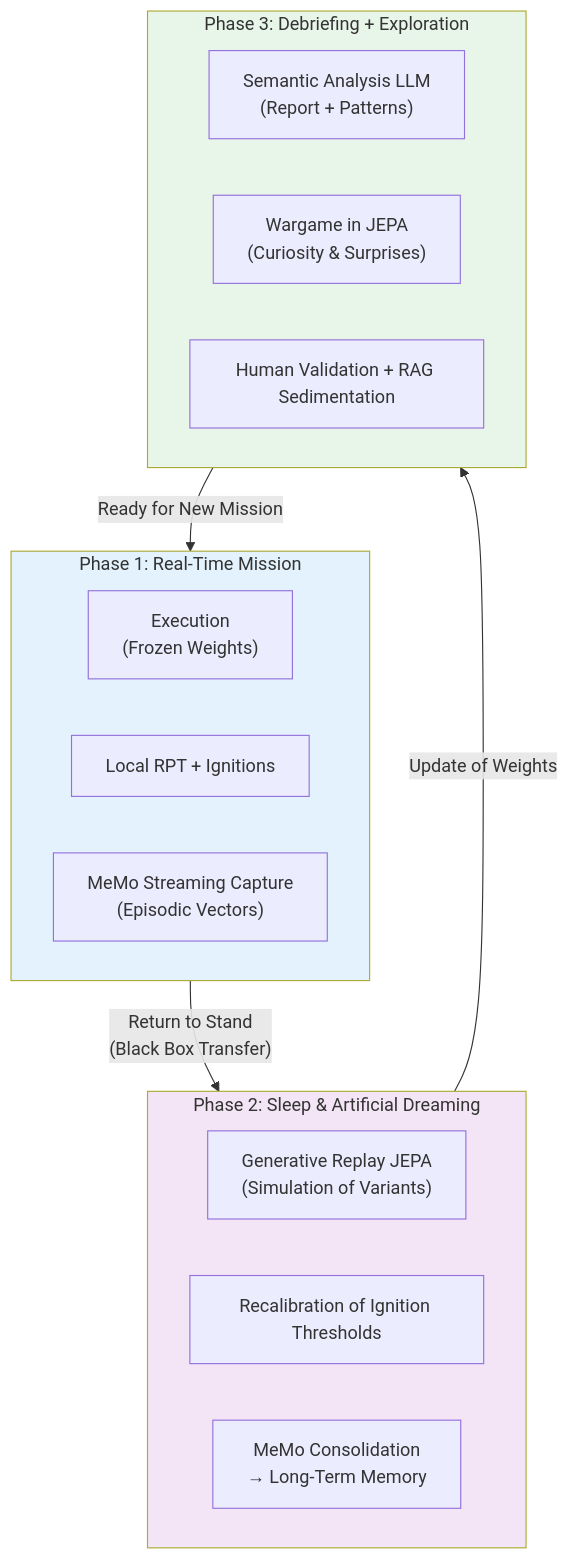
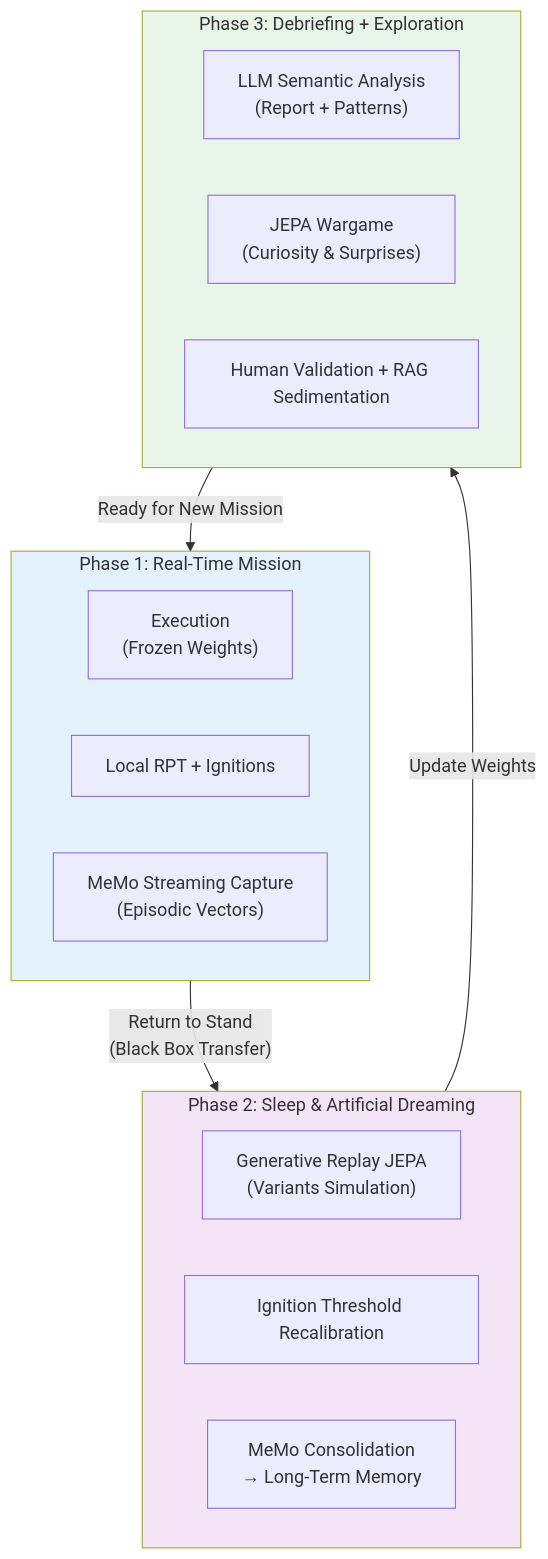
One commit to AlainCo/GNWT-Garrigue-X-en changed the second of 2 diagrams in mvp/mvp.md. Above: the diagram before and after it, drawn with Mermaid. The commit also changed other lines of this file and 21 other files, not shown here.

````diff
--- a/mvp/mvp.md
+++ b/mvp/mvp.md
@@ -89,33 +86,33 @@
 ```mermaid
 flowchart TD
     subgraph Phase1 ["Phase 1: Real-Time Mission"]
         A["Execution\n(Frozen Weights)"]
         B["Local RPT + Ignitions"]
         C["MeMo Streaming Capture\n(Episodic Vectors)"]
     end
 
     Phase1 -->|"Return to Stand\n(Black Box Transfer)"| Phase2
 
     subgraph Phase2 ["Phase 2: Sleep & Artificial Dreaming"]
-        D["Generative Replay JEPA\n(Simulation of Variants)"]
-        E["Recalibration of Ignition Thresholds"]
+        D["Generative Replay JEPA\n(Variants Simulation)"]
+        E["Ignition Threshold Recalibration"]
         F["MeMo Consolidation\n→ Long-Term Memory"]
     end
 
-    Phase2 -->|"Update of Weights"| Phase3
+    Phase2 -->|"Update Weights"| Phase3
 
     subgraph Phase3 ["Phase 3: Debriefing + Exploration"]
-        G["Semantic Analysis LLM\n(Report + Patterns)"]
-        H["Wargame in JEPA\n(Curiosity & Surprises)"]
+        G["LLM Semantic Analysis\n(Report + Patterns)"]
+        H["JEPA Wargame\n(Curiosity & Surprises)"]
         I["Human Validation + RAG Sedimentation"]
     end
 
     Phase3 -->|"Ready for New Mission"| Phase1
 
     classDef mission fill:#e3f2fd
     classDef sommeil fill:#f3e5f5
     classDef debrief fill:#e8f5e9
     class Phase1 mission
     class Phase2 sommeil
     class Phase3 debrief
 ```
````
